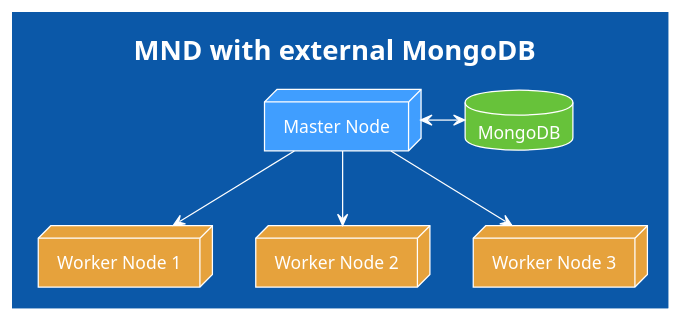
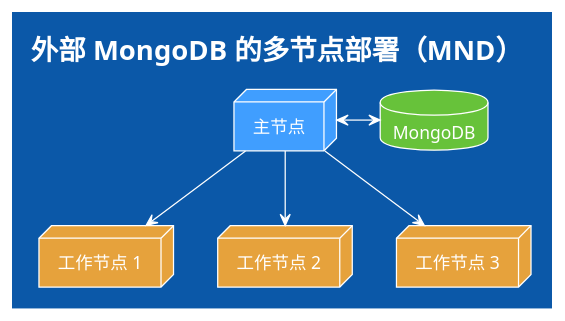
Before and after one commit to crawlab-team/crawlab-docs: the third of 3 diagrams in docs/zh/pro/installation.md, drawn with PlantUML. The commit also changed other lines of this file and 38 other files, not shown here.

```diff
--- a/docs/zh/pro/installation.md
+++ b/docs/zh/pro/installation.md
@@ -207,16 +196,16 @@
 @startuml
 !theme amiga
 
-title MND with external MongoDB
+title 外部 MongoDB 的多节点部署（MND）
 
-node #409eff "Master Node" as mn
-node #e6a23c "Worker Node 1" as wn1
-node #e6a23c "Worker Node 2" as wn2
-node #e6a23c "Worker Node 3" as wn3
+node #409eff "主节点" as mn
+node #e6a23c "工作节点 1" as wn1
+node #e6a23c "工作节点 2" as wn2
+node #e6a23c "工作节点 3" as wn3
 database #67c23a "MongoDB" as dbm
 
 mn -down->wn1
 mn -down->wn2
 mn -down->wn3
 mn <-right->dbm
 @enduml
```
